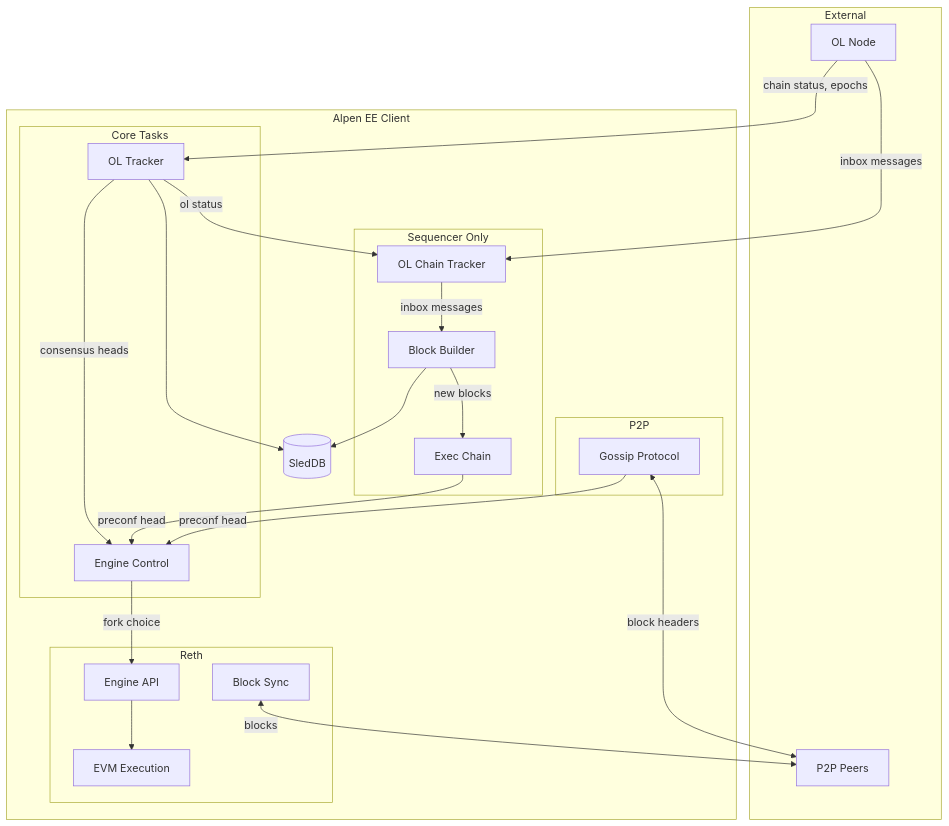
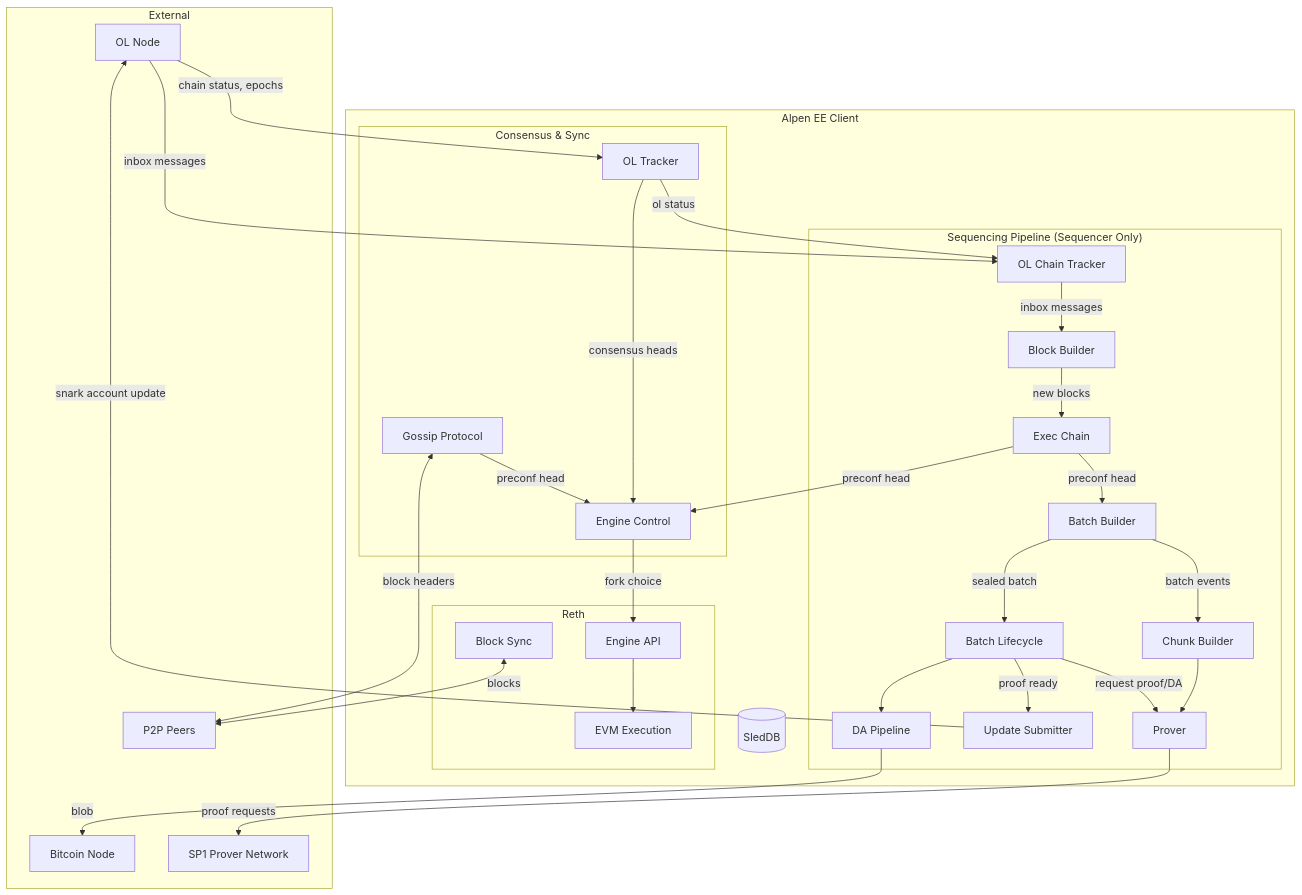
The first of 8 diagrams in bin/alpen-client/README.md (alpenlabs/alpen), drawn with Mermaid before and after one commit. The commit also changed other lines of this file, not shown here.

````diff
--- a/bin/alpen-client/README.md
+++ b/bin/alpen-client/README.md
@@ -110,52 +169,63 @@
 ```mermaid
 graph TB
-    subgraph "External"
+    subgraph External
         OL[OL Node]
         Peers[P2P Peers]
+        BTC[Bitcoin Node]
+        SP1[SP1 Prover Network]
     end
 
     subgraph "Alpen EE Client"
-        subgraph "Core Tasks"
+        subgraph "Consensus & Sync"
             OLT[OL Tracker]
             EC[Engine Control]
-        end
-
-        subgraph "Sequencer Only"
-            ExC[Exec Chain]
-            BB[Block Builder]
-            OCT[OL Chain Tracker]
-        end
-
-        subgraph "P2P"
             Gossip[Gossip Protocol]
         end
 
-        subgraph "Reth"
+        subgraph "Sequencing Pipeline (Sequencer Only)"
+            OCT[OL Chain Tracker]
+            BB[Block Builder]
+            ExC[Exec Chain]
+            BatB[Batch Builder]
+            ChB[Chunk Builder]
+            BL[Batch Lifecycle]
+            PV[Prover]
+            US[Update Submitter]
+            DA[DA Pipeline]
+        end
+
+        subgraph Reth
             Engine[Engine API]
             EVM[EVM Execution]
             RethP2P[Block Sync]
         end
 
         Storage[(SledDB)]
     end
 
     OL -->|chain status, epochs| OLT
     OL -->|inbox messages| OCT
-
     OLT -->|consensus heads| EC
     OLT -->|ol status| OCT
 
     OCT -->|inbox messages| BB
     BB -->|new blocks| ExC
     ExC -->|preconf head| EC
-
     EC -->|fork choice| Engine
     Engine --> EVM
+
+    ExC -->|preconf head| BatB
+    BatB -->|batch events| ChB
+    BatB -->|sealed batch| BL
+    ChB --> PV
+    BL -->|request proof/DA| PV
+    BL --> DA
+    DA -->|blob| BTC
+    PV -->|proof requests| SP1
+    BL -->|proof ready| US
+    US -->|snark account update| OL
 
     Gossip <-->|block headers| Peers
     Gossip -->|preconf head| EC
     RethP2P <-->|blocks| Peers
-
-    BB --> Storage
-    OLT --> Storage
 ```
````
